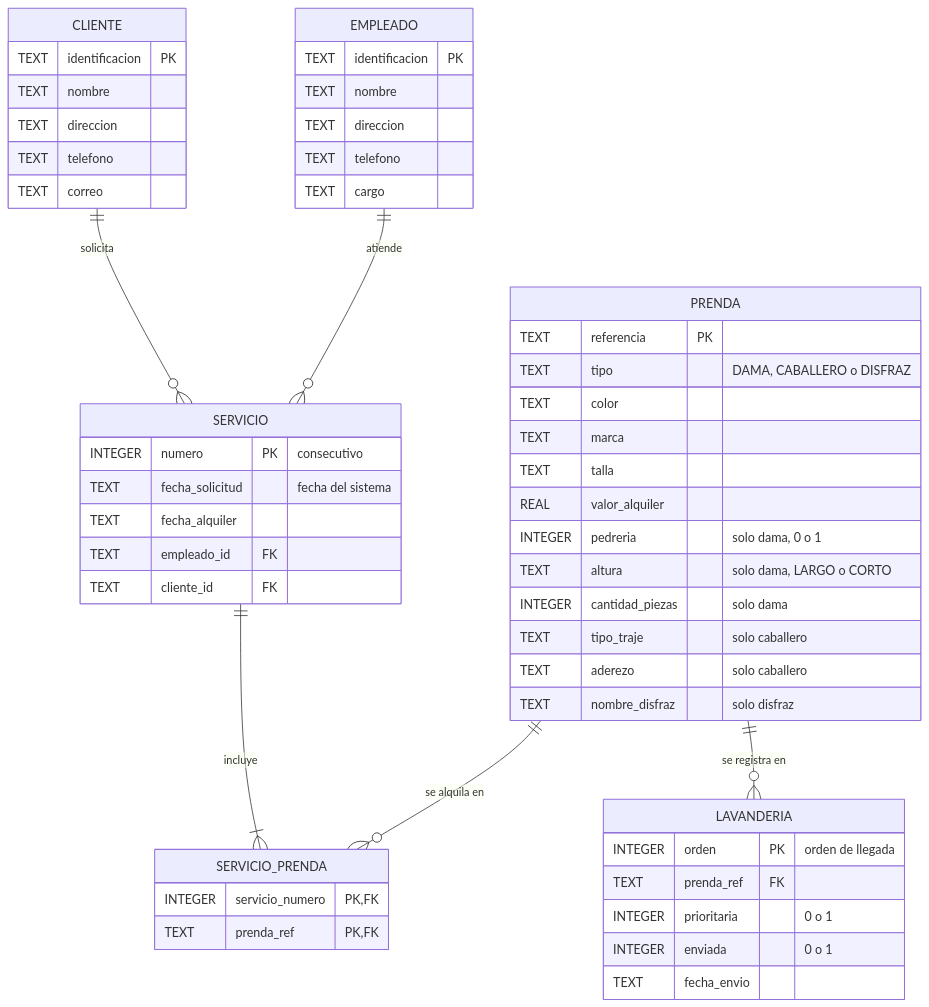
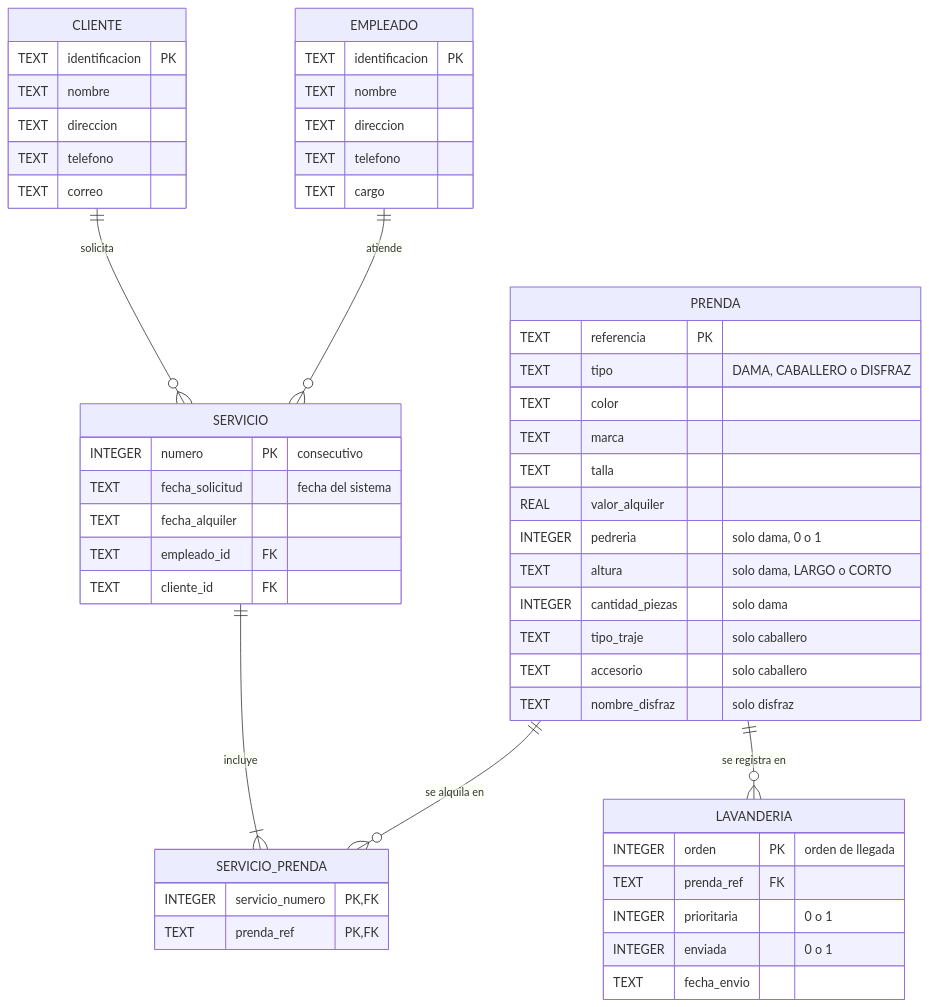
Before and after one commit to emir-ucompensar/structural-patterns: the diagram in program/database/README.md, drawn with Mermaid. The commit also changed 9 other files, not shown here.

First line of the commit message:
Rename the suit extra from aderezo to accesorio

````diff
--- a/program/database/README.md
+++ b/program/database/README.md
@@ -7,60 +7,60 @@
 ```mermaid
 erDiagram
     CLIENTE ||--o{ SERVICIO : solicita
     EMPLEADO ||--o{ SERVICIO : atiende
     SERVICIO ||--|{ SERVICIO_PRENDA : incluye
     PRENDA ||--o{ SERVICIO_PRENDA : "se alquila en"
     PRENDA ||--o{ LAVANDERIA : "se registra en"
 
     CLIENTE {
         TEXT identificacion PK
         TEXT nombre
         TEXT direccion
         TEXT telefono
         TEXT correo
     }
 
     EMPLEADO {
         TEXT identificacion PK
         TEXT nombre
         TEXT direccion
         TEXT telefono
         TEXT cargo
     }
 
     PRENDA {
         TEXT referencia PK
         TEXT tipo "DAMA, CABALLERO o DISFRAZ"
         TEXT color
         TEXT marca
         TEXT talla
         REAL valor_alquiler
         INTEGER pedreria "solo dama, 0 o 1"
         TEXT altura "solo dama, LARGO o CORTO"
         INTEGER cantidad_piezas "solo dama"
         TEXT tipo_traje "solo caballero"
-        TEXT aderezo "solo caballero"
+        TEXT accesorio "solo caballero"
         TEXT nombre_disfraz "solo disfraz"
     }
 
     SERVICIO {
         INTEGER numero PK "consecutivo"
         TEXT fecha_solicitud "fecha del sistema"
         TEXT fecha_alquiler
         TEXT empleado_id FK
         TEXT cliente_id FK
     }
 
     SERVICIO_PRENDA {
         INTEGER servicio_numero PK, FK
         TEXT prenda_ref PK, FK
     }
 
     LAVANDERIA {
         INTEGER orden PK "orden de llegada"
         TEXT prenda_ref FK
         INTEGER prioritaria "0 o 1"
         INTEGER enviada "0 o 1"
         TEXT fecha_envio
     }
 ```
````
